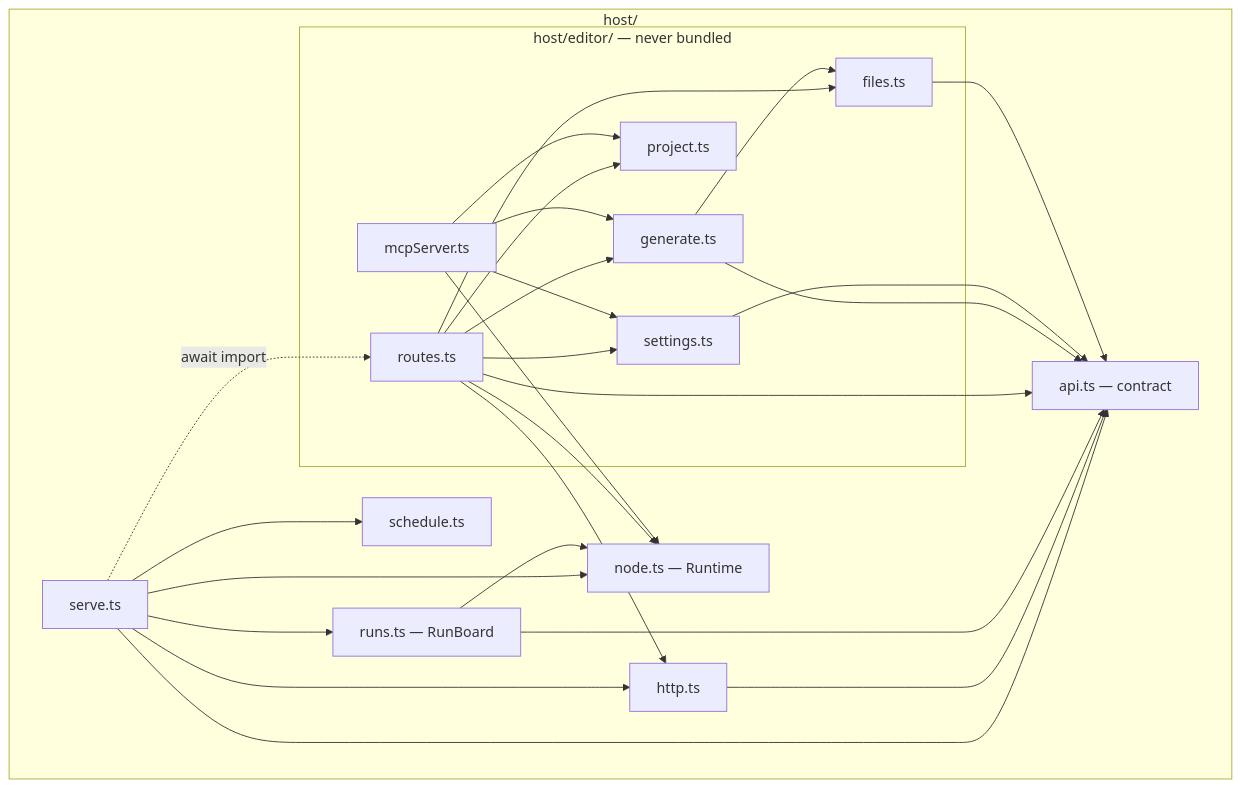
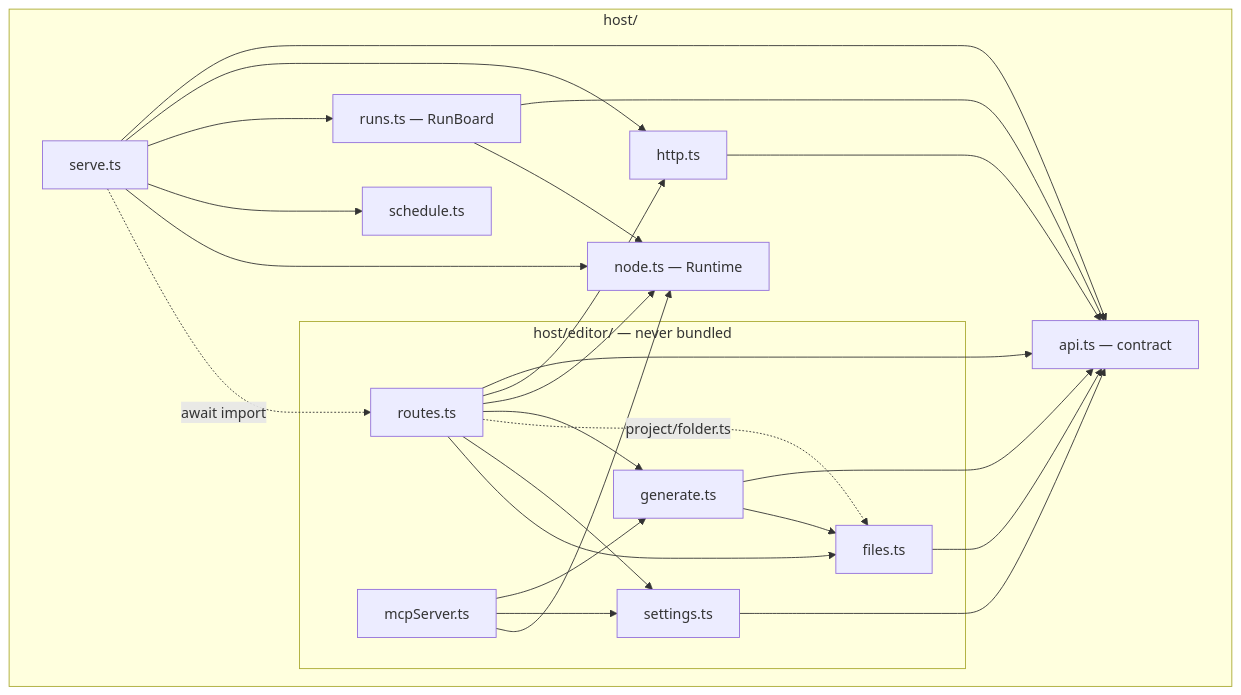
The third of 4 diagrams in arch/overview.md (Archimedes79/AI_Graph), drawn with Mermaid before and after one commit. The commit also changed other lines of this file and 94 other files, not shown here.

````diff
--- a/arch/overview.md
+++ b/arch/overview.md
@@ -138,44 +145,42 @@
 ```mermaid
 flowchart TD
   subgraph host["host/"]
     Api["api.ts — contract"]
     Http["http.ts"]
     Serve["serve.ts"]
     Runs["runs.ts — RunBoard"]
     Schedule["schedule.ts"]
     Node["node.ts — Runtime"]
     subgraph editor["host/editor/ — never bundled"]
       Routes["routes.ts"]
       Generate["generate.ts"]
-      Project["project.ts"]
       Settings["settings.ts"]
       Files["files.ts"]
       Mcp["mcpServer.ts"]
     end
   end
 
   Serve --> Api
   Serve --> Http
   Serve --> Runs
   Serve --> Schedule
   Serve --> Node
   Serve -. "await import" .-> Routes
   Http --> Api
   Runs --> Api
   Runs --> Node
   Routes --> Api
   Routes --> Http
   Routes --> Node
   Routes --> Generate
-  Routes --> Project
+  Routes -. "project/folder.ts" .-> Files
   Routes --> Settings
   Routes --> Files
   Generate --> Api
   Generate --> Files
   Settings --> Api
   Files --> Api
   Mcp --> Generate
-  Mcp --> Project
   Mcp --> Settings
   Mcp --> Node
 ```
````
